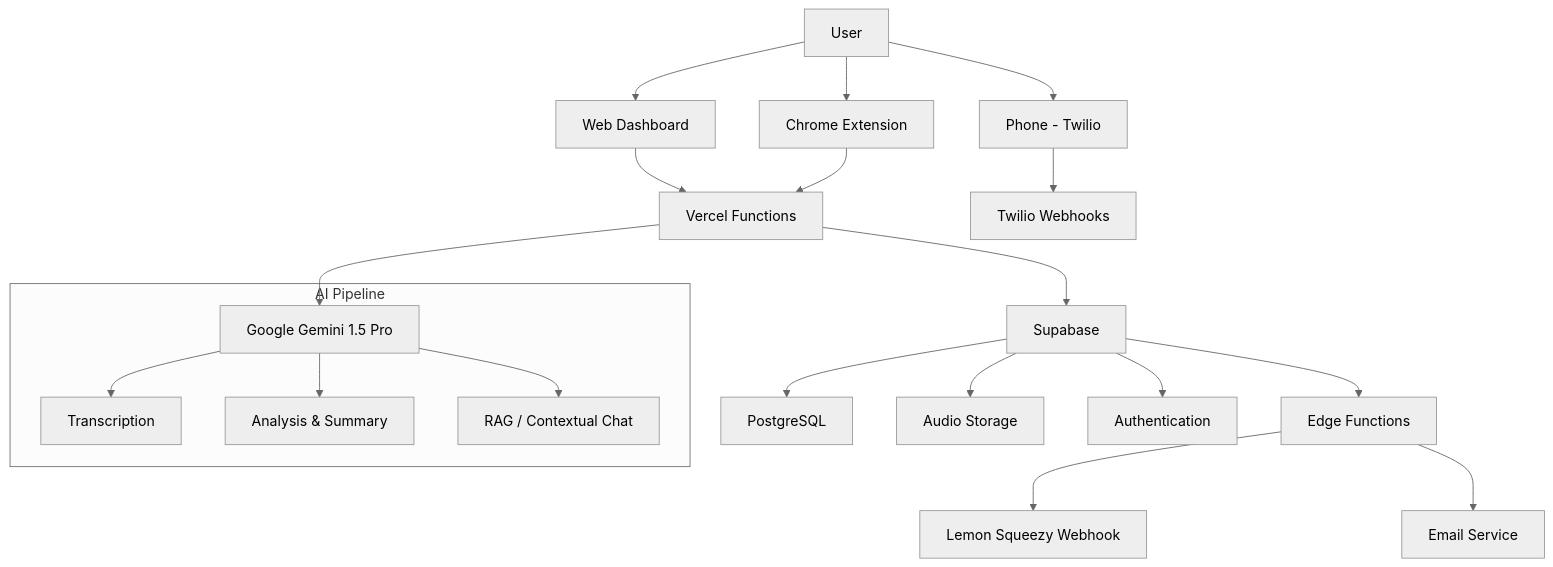
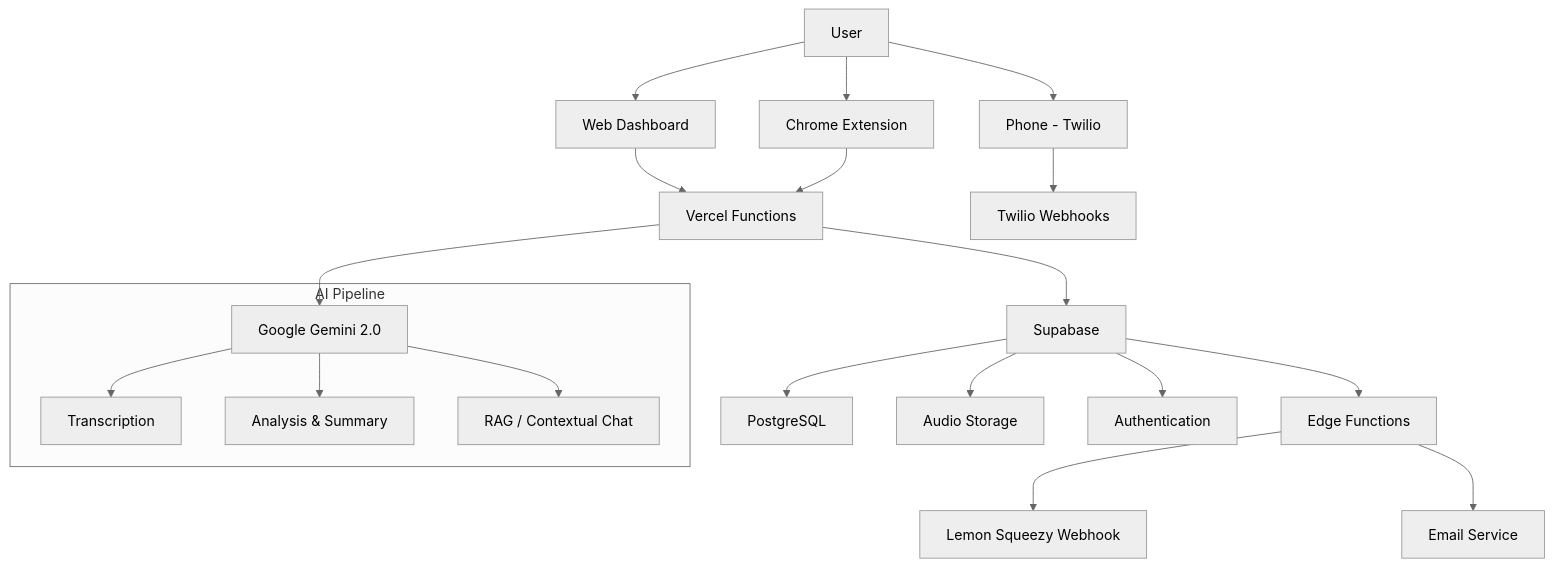
Before and after one commit to diegogalmarini/IntelliScribe: the diagram in README.md, drawn with Mermaid (neutral theme). The commit also changed other lines of this file, not shown here.

Commit message:
docs: Update README with Gemini 2.0 upgrade and transcription stability fixes

````diff
--- a/README.md
+++ b/README.md
@@ -55,27 +55,27 @@
 ```mermaid
 graph TD
     User[User] --> Web[Web Dashboard]
     User --> Ext[Chrome Extension]
     User --> Phone[Phone - Twilio]
     
     Web --> Vercel[Vercel Functions]
     Ext --> Vercel
     Phone --> Webhook[Twilio Webhooks]
     
-    Vercel --> Gemini[Google Gemini 1.5 Pro]
+    Vercel --> Gemini[Google Gemini 2.0]
     Vercel --> Supabase[Supabase]
     
     Supabase --> DB[PostgreSQL]
     Supabase --> Storage[Audio Storage]
     Supabase --> Auth[Authentication]
     Supabase --> EdgeFn[Edge Functions]
     
     EdgeFn --> LemonWebhook[Lemon Squeezy Webhook]
     EdgeFn --> Resend[Email Service]
     
     subgraph "AI Pipeline"
         Gemini --> Transcribe[Transcription]
         Gemini --> Analyze[Analysis & Summary]
         Gemini --> RAG[RAG / Contextual Chat]
     end
 ```
````
